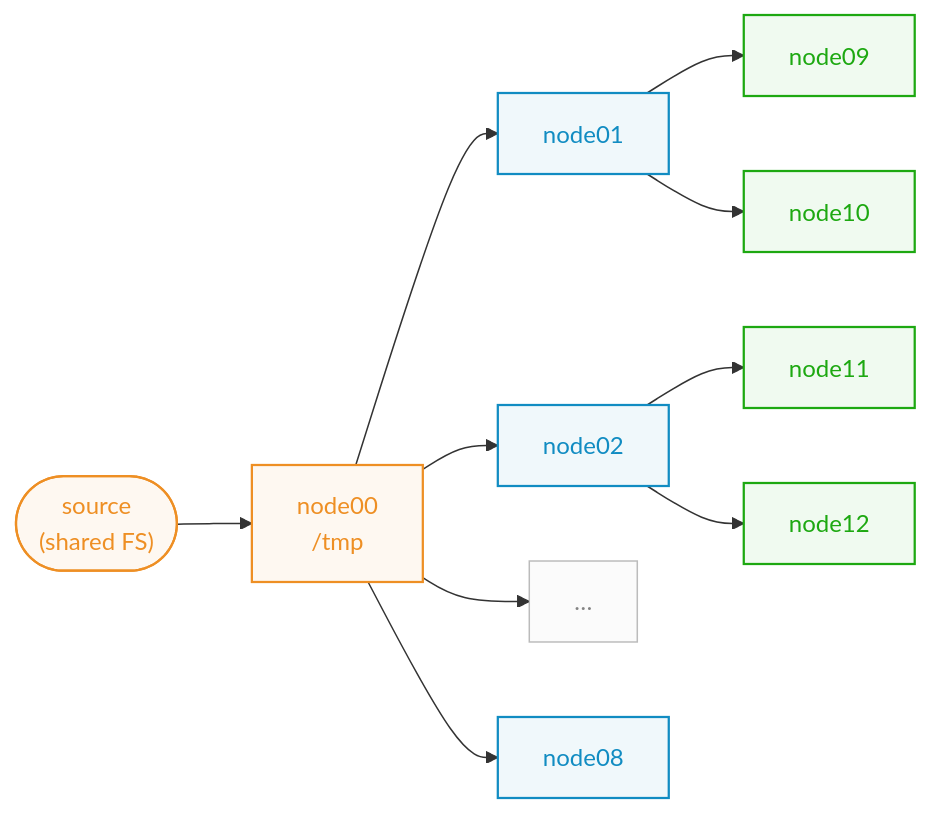
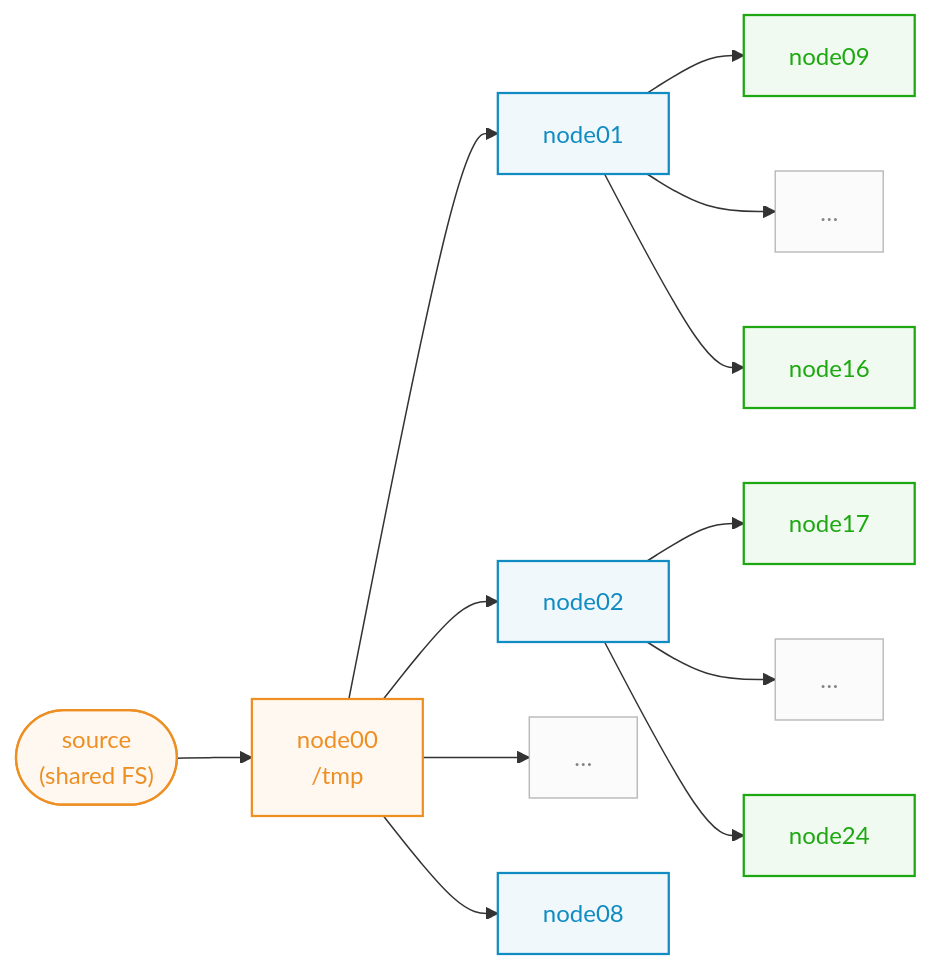
Before and after one commit to saforem2/sam.onl: the second of 6 diagrams in web/src/pages/talks/2026/08/03/index.mdx, drawn with Mermaid. The commit also changed other lines of this file and 3 other files, not shown here.

````diff
--- a/web/src/pages/talks/2026/08/03/index.mdx
+++ b/web/src/pages/talks/2026/08/03/index.mdx
@@ -487,21 +513,23 @@
 ```mermaid
 flowchart LR
     S(["source<br/>(shared FS)"]) --> L["node00<br/>/tmp"]
     L --> A1["node01"]
     L --> A2["node02"]
-    L --> A3["…"]
+    L --> Ad["…"]
     L --> A8["node08"]
     A1 --> B1["node09"]
-    A1 --> B2["node10"]
-    A2 --> B3["node11"]
-    A2 --> B4["node12"]
+    A1 --> Bd["…"]
+    A1 --> B8["node16"]
+    A2 --> C1["node17"]
+    A2 --> Cd["…"]
+    A2 --> C8["node24"]
 
     classDef src  fill:#ee8f2410,stroke:#ee8f24,color:#ee8f24,stroke-width:1.5px
     classDef g1   fill:#118cc210,stroke:#118cc2,color:#118cc2,stroke-width:1.5px
     classDef g2   fill:#1da81110,stroke:#1da811,color:#1da811,stroke-width:1.5px
     classDef dots fill:#83838308,stroke:#83838388,color:#838383,stroke-width:1px
     class S,L src
     class A1,A2,A8 g1
-    class A3 dots
-    class B1,B2,B3,B4 g2
+    class B1,B8,C1,C8 g2
+    class Ad,Bd,Cd dots
 ```
````
